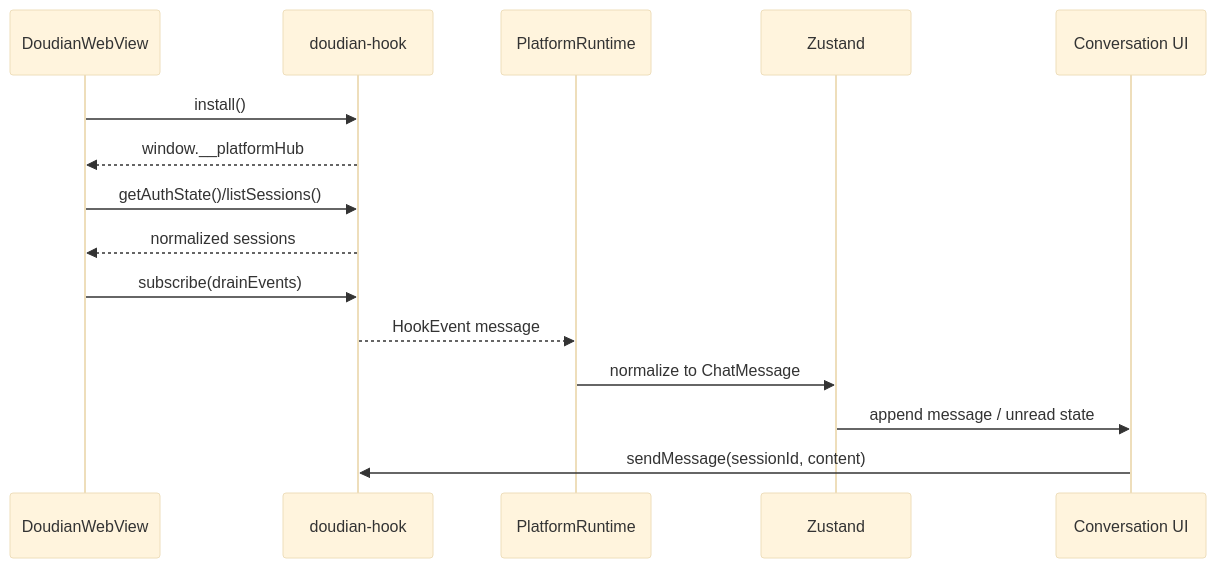
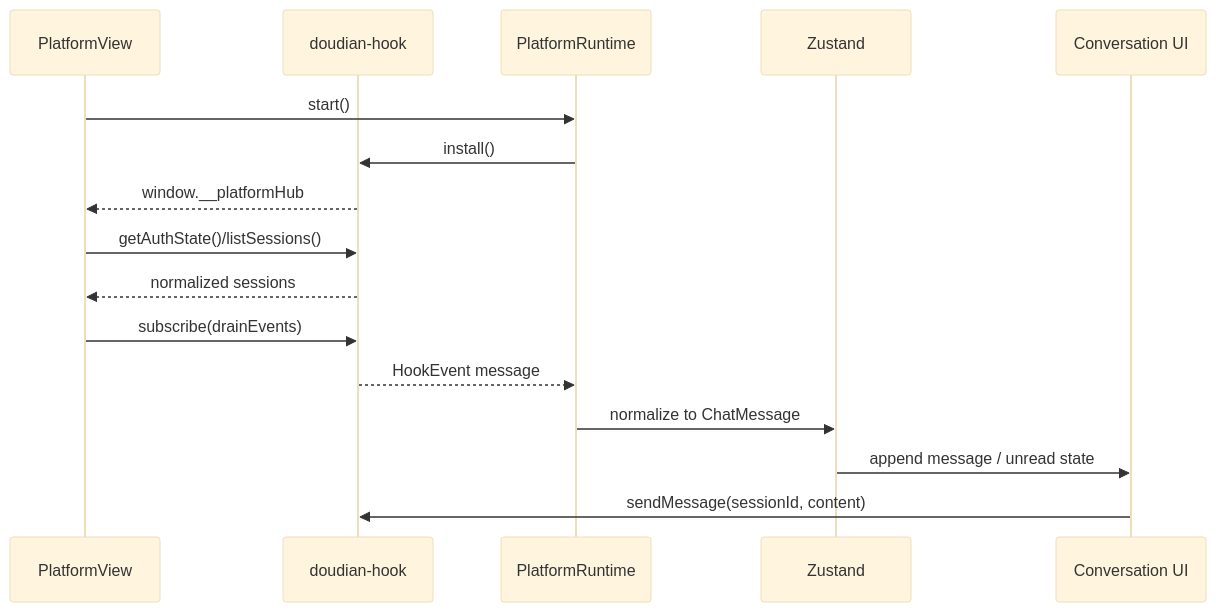
One commit to lbwxl/aichatclient-hub changed the third of 3 diagrams in docs/architecture.md. Above: the diagram before and after it, drawn with Mermaid (base theme). The commit also changed other lines of this file and 24 other files, not shown here.

````diff
--- a/docs/architecture.md
+++ b/docs/architecture.md
@@ -43,17 +43,18 @@
 ```mermaid
 sequenceDiagram
-  participant View as DoudianWebView
+  participant View as PlatformView
   participant Hook as doudian-hook
   participant Runtime as PlatformRuntime
   participant Store as Zustand
   participant UI as Conversation UI
-  View->>Hook: install()
+  View->>Runtime: start()
+  Runtime->>Hook: install()
   Hook-->>View: window.__platformHub
   View->>Hook: getAuthState()/listSessions()
   Hook-->>View: normalized sessions
   View->>Hook: subscribe(drainEvents)
   Hook-->>Runtime: HookEvent message
   Runtime->>Store: normalize to ChatMessage
   Store->>UI: append message / unread state
   UI->>Hook: sendMessage(sessionId, content)
 ```
````
